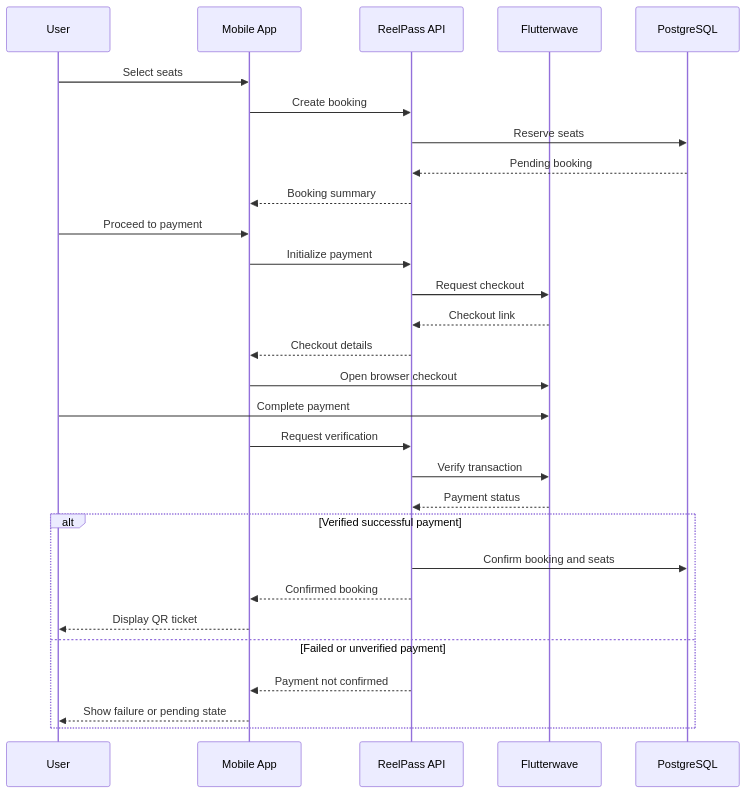
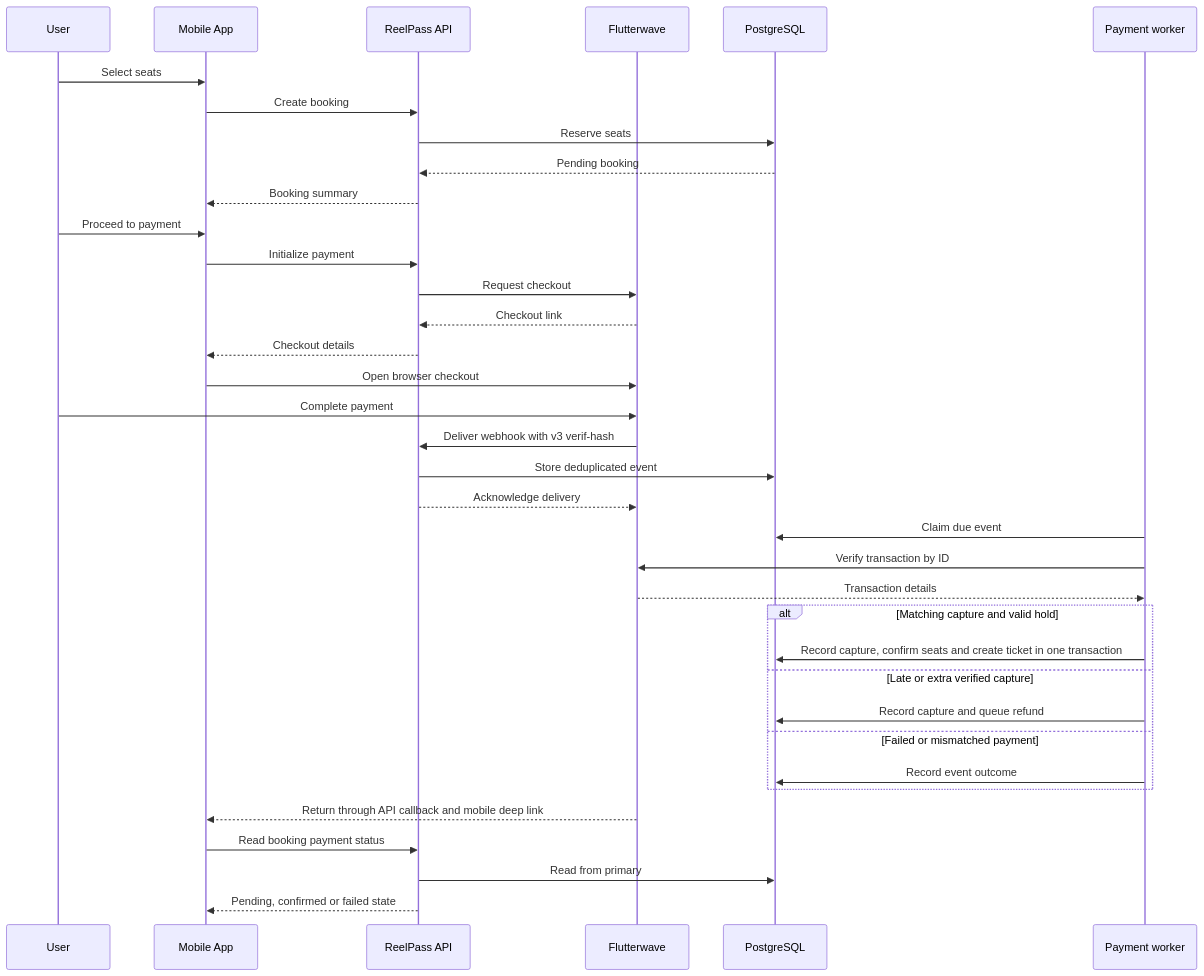
The second of 2 diagrams in docs/ARCHITECTURE.md (ScrappyAT/Reelpass), drawn with Mermaid before and after one commit. The commit also changed other lines of this file and 60 other files, not shown here.

````diff
--- a/docs/ARCHITECTURE.md
+++ b/docs/ARCHITECTURE.md
@@ -373,36 +372,42 @@
 ```mermaid
 sequenceDiagram
     participant U as User
     participant M as Mobile App
     participant A as ReelPass API
     participant F as Flutterwave
     participant P as PostgreSQL
+    participant W as Payment worker
 
     U->>M: Select seats
     M->>A: Create booking
     A->>P: Reserve seats
     P-->>A: Pending booking
     A-->>M: Booking summary
 
     U->>M: Proceed to payment
     M->>A: Initialize payment
     A->>F: Request checkout
     F-->>A: Checkout link
     A-->>M: Checkout details
 
     M->>F: Open browser checkout
     U->>F: Complete payment
 
-    M->>A: Request verification
-    A->>F: Verify transaction
-    F-->>A: Payment status
-
-    alt Verified successful payment
-        A->>P: Confirm booking and seats
-        A-->>M: Confirmed booking
-        M-->>U: Display QR ticket
-    else Failed or unverified payment
-        A-->>M: Payment not confirmed
-        M-->>U: Show failure or pending state
+    F->>A: Deliver webhook with v3 verif-hash
+    A->>P: Store deduplicated event
+    A-->>F: Acknowledge delivery
+    W->>P: Claim due event
+    W->>F: Verify transaction by ID
+    F-->>W: Transaction details
+    alt Matching capture and valid hold
+        W->>P: Record capture, confirm seats and create ticket in one transaction
+    else Late or extra verified capture
+        W->>P: Record capture and queue refund
+    else Failed or mismatched payment
+        W->>P: Record event outcome
     end
+    F-->>M: Return through API callback and mobile deep link
+    M->>A: Read booking payment status
+    A->>P: Read from primary
+    A-->>M: Pending, confirmed or failed state
 ```
````
